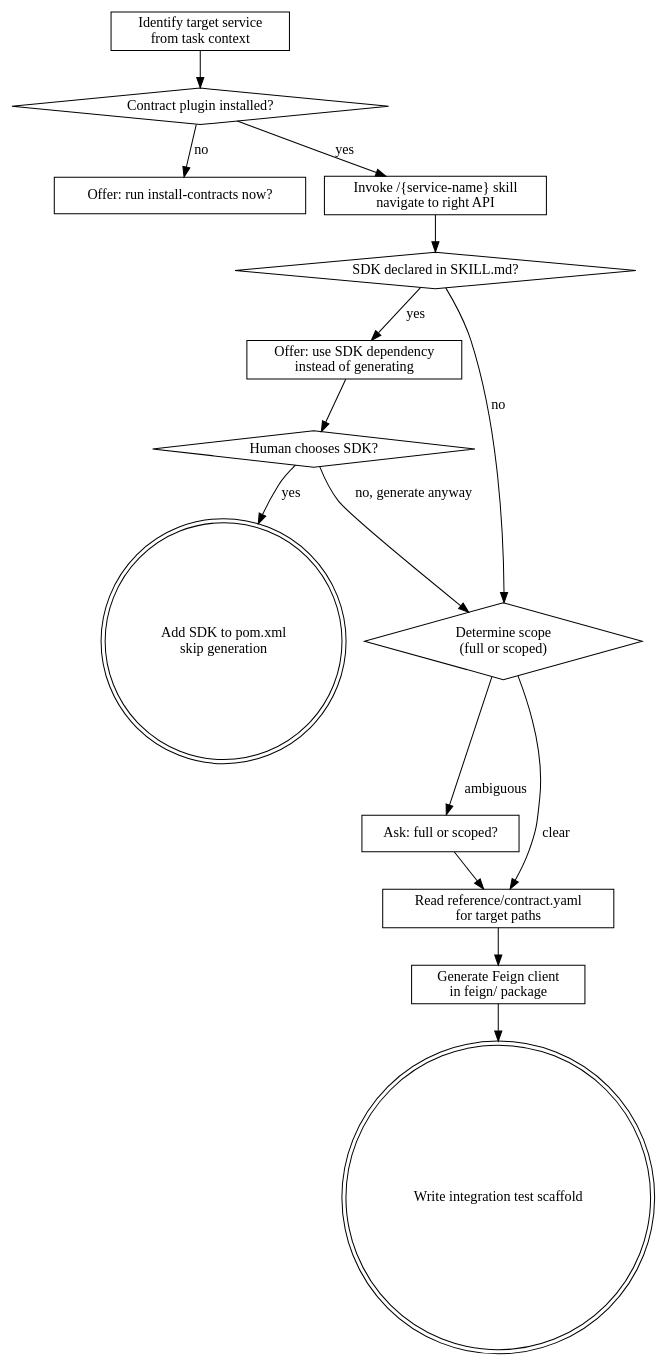
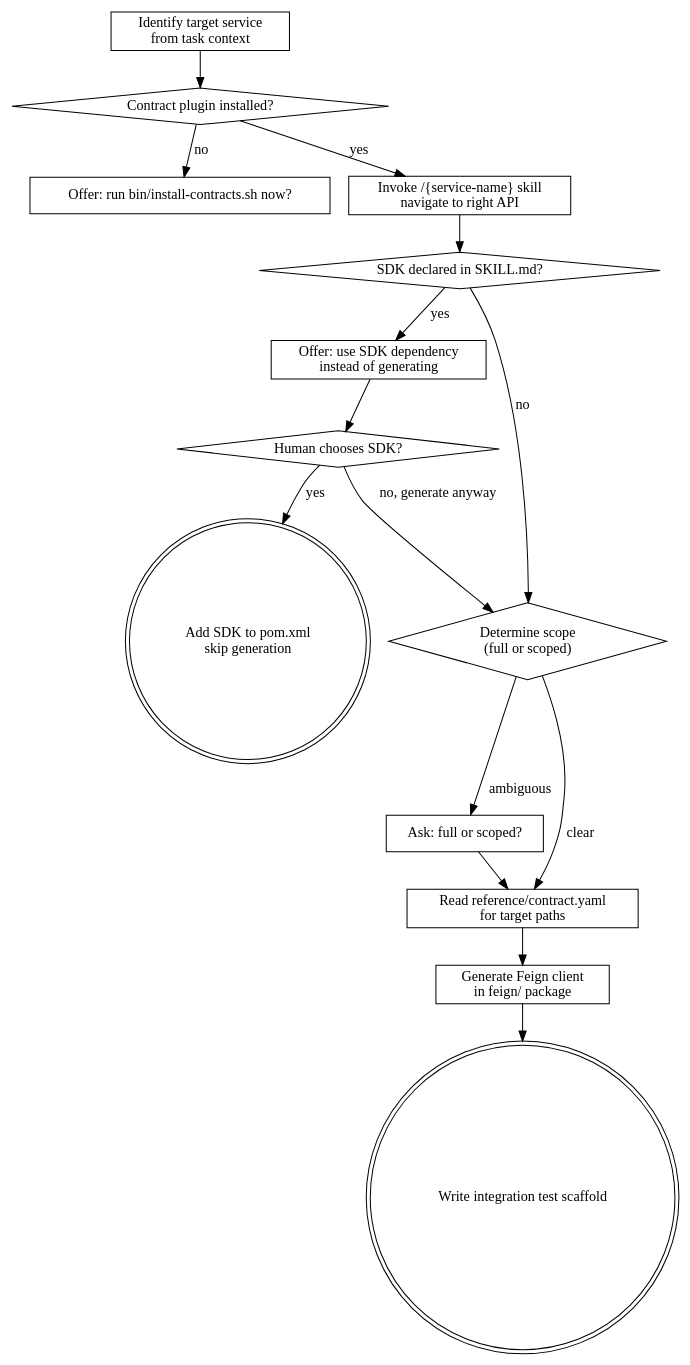
The diagram in skills/generate-feign/SKILL.md (honghaowuu/jkit), drawn with Graphviz before and after one commit. The commit also changed other lines of this file and 1 other file, not shown here.

Commit message:
chore: update install-contracts references to bin/install-contracts.sh

````diff
--- a/skills/generate-feign/SKILL.md
+++ b/skills/generate-feign/SKILL.md
@@ -21,32 +21,32 @@
 ```dot
 digraph generate_feign {
     "Identify target service\nfrom task context" [shape=box];
     "Contract plugin installed?" [shape=diamond];
-    "Offer: run install-contracts now?" [shape=box];
+    "Offer: run bin/install-contracts.sh now?" [shape=box];
     "Invoke /{service-name} skill\nnavigate to right API" [shape=box];
     "SDK declared in SKILL.md?" [shape=diamond];
     "Offer: use SDK dependency\ninstead of generating" [shape=box];
     "Human chooses SDK?" [shape=diamond];
     "Add SDK to pom.xml\nskip generation" [shape=doublecircle];
     "Determine scope\n(full or scoped)" [shape=diamond];
     "Ask: full or scoped?" [shape=box];
     "Read reference/contract.yaml\nfor target paths" [shape=box];
     "Generate Feign client\nin feign/ package" [shape=box];
     "Write integration test scaffold" [shape=doublecircle];
 
     "Identify target service\nfrom task context" -> "Contract plugin installed?";
-    "Contract plugin installed?" -> "Offer: run install-contracts now?" [label="no"];
+    "Contract plugin installed?" -> "Offer: run bin/install-contracts.sh now?" [label="no"];
     "Contract plugin installed?" -> "Invoke /{service-name} skill\nnavigate to right API" [label="yes"];
     "Invoke /{service-name} skill\nnavigate to right API" -> "SDK declared in SKILL.md?";
     "SDK declared in SKILL.md?" -> "Offer: use SDK dependency\ninstead of generating" [label="yes"];
     "SDK declared in SKILL.md?" -> "Determine scope\n(full or scoped)" [label="no"];
     "Offer: use SDK dependency\ninstead of generating" -> "Human chooses SDK?";
     "Human chooses SDK?" -> "Add SDK to pom.xml\nskip generation" [label="yes"];
     "Human chooses SDK?" -> "Determine scope\n(full or scoped)" [label="no, generate anyway"];
     "Determine scope\n(full or scoped)" -> "Ask: full or scoped?" [label="ambiguous"];
     "Determine scope\n(full or scoped)" -> "Read reference/contract.yaml\nfor target paths" [label="clear"];
     "Ask: full or scoped?" -> "Read reference/contract.yaml\nfor target paths";
     "Read reference/contract.yaml\nfor target paths" -> "Generate Feign client\nin feign/ package";
     "Generate Feign client\nin feign/ package" -> "Write integration test scaffold";
 }
 ```
````
